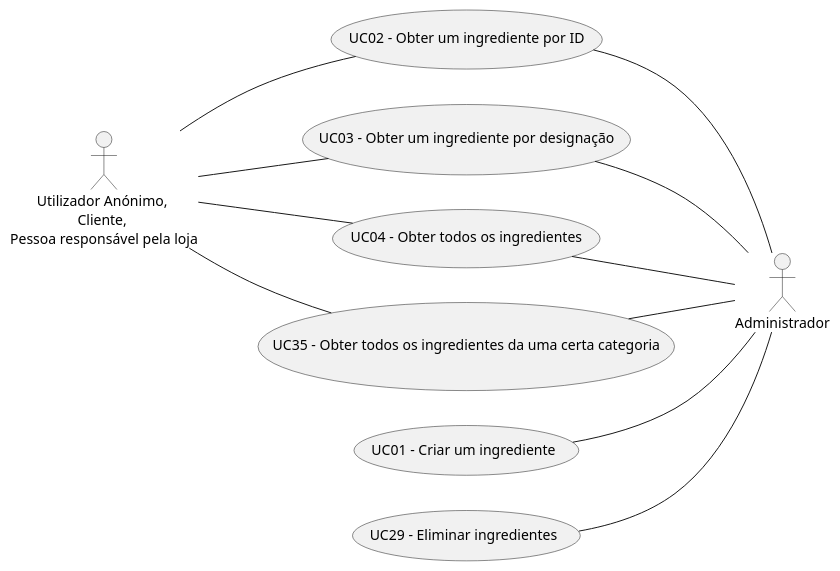
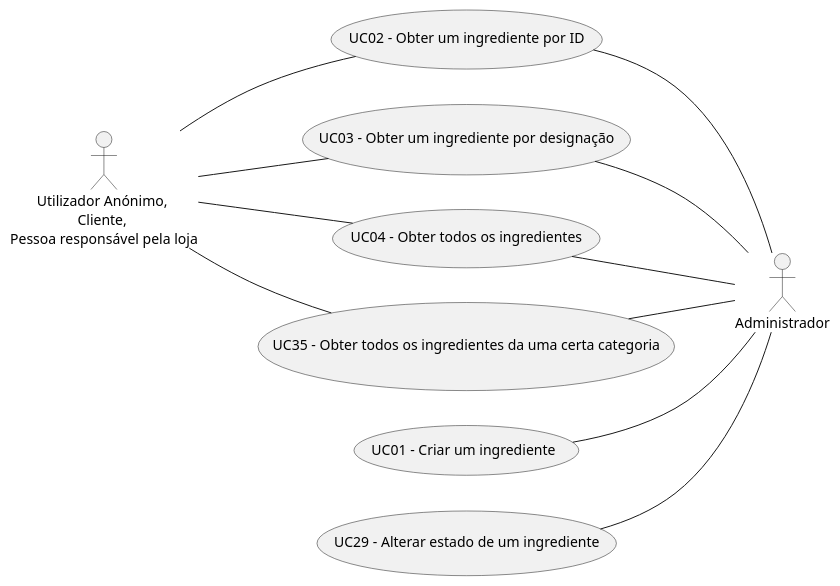
Before and after one commit to TiagoNora/ballerina-project: the diagram in design/userCasesIngrediente.puml, drawn with PlantUML. The commit also changed 8 other files, not shown here.

```diff
--- a/design/userCasesIngrediente.puml
+++ b/design/userCasesIngrediente.puml
@@ -1,28 +1,28 @@
 @startuml
 
 skinparam defaultTextAlignment center
 
 left to right direction
 
 :Utilizador Anónimo, \nCliente, \nPessoa responsável pela loja: as c
 :Administrador: as admin
 
 (UC01 - Criar um ingrediente) as UC01
 (UC02 - Obter um ingrediente por ID) as UC02
 (UC03 - Obter um ingrediente por designação) as UC03
 (UC04 - Obter todos os ingredientes) as UC04
-(UC29 - Eliminar ingredientes) as UC29
+(UC29 - Alterar estado de um ingrediente) as UC29
 (UC35 - Obter todos os ingredientes da uma certa categoria) as UC35
 
 UC01 -- admin
 UC29 -- admin
 UC02 -- admin
 UC03 -- admin
 UC04 -- admin
 UC35 -- admin
 
 c -- UC02
 c -- UC03
 c -- UC04
 c -- UC35
 @end
```
